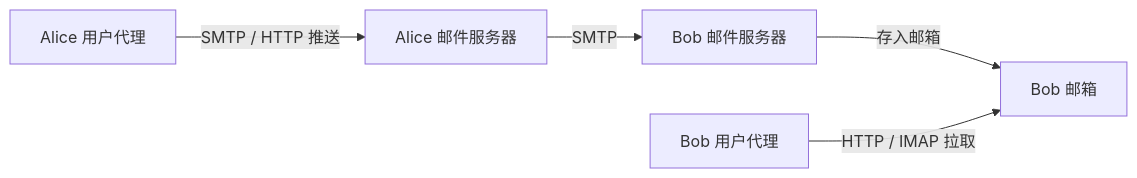
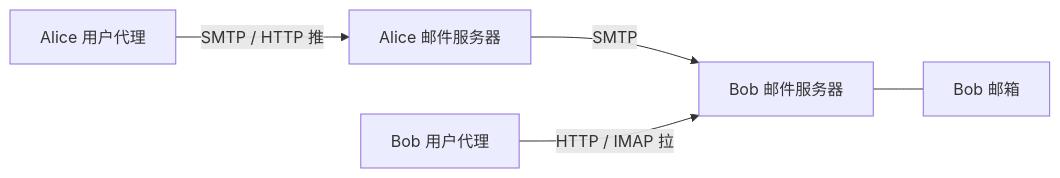
Before and after one commit to Meer-Matze/Meer-Matze.github.io: the ninth of 20 diagrams in src/content/posts/应用层.md, drawn with Mermaid. The commit also changed other lines of this file and 3 other files, not shown here.

````diff
--- a/src/content/posts/应用层.md
+++ b/src/content/posts/应用层.md
@@ -1643,13 +683,7 @@
 ```mermaid
 graph LR
-  AU["Alice 用户代理"]
-  AS["Alice 邮件服务器"]
-  BS["Bob 邮件服务器"]
-  MB["Bob 邮箱"]
-  BU["Bob 用户代理"]
-
-  AU -->|"SMTP / HTTP 推送"| AS
-  AS -->|"SMTP"| BS
-  BS -->|"存入邮箱"| MB
-  BU -->|"HTTP / IMAP 拉取"| MB
+  AU["Alice 用户代理"] -->|"SMTP / HTTP 推"| AS["Alice 邮件服务器"]
+  AS -->|"SMTP"| BS["Bob 邮件服务器"]
+  BS --- MB["Bob 邮箱"]
+  BU["Bob 用户代理"] -->|"HTTP / IMAP 拉"| BS
 ```
````
